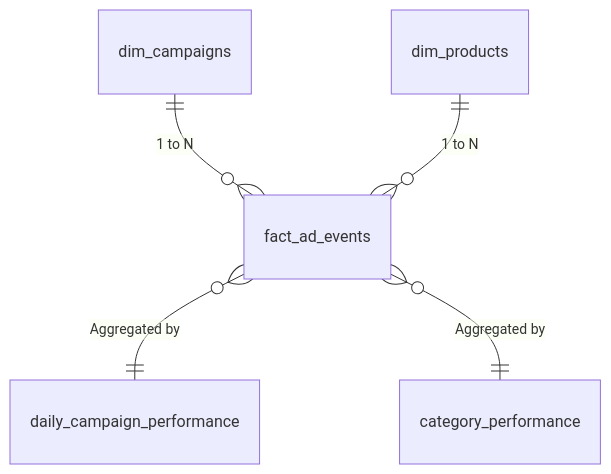
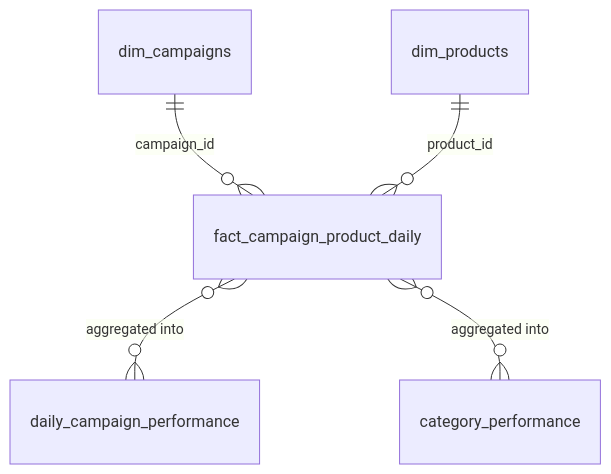
One commit to kat1478/advertising-analytics-pipeline changed the second of 2 diagrams in README.md. Above: the diagram before and after it, drawn with Mermaid. The commit also changed other lines of this file and 5 other files, not shown here.

First line of the commit message:
docs(portfolio): align metrics, workflow and architecture documentation

````diff
--- a/README.md
+++ b/README.md
@@ -66,7 +66,7 @@
 ```mermaid
 erDiagram
-    dim_campaigns ||--o{ fact_ad_events : "1 to N"
-    dim_products ||--o{ fact_ad_events : "1 to N"
-    fact_ad_events }o--|| daily_campaign_performance : "Aggregated by"
-    fact_ad_events }o--|| category_performance : "Aggregated by"
+    dim_campaigns ||--o{ fact_campaign_product_daily : "campaign_id"
+    dim_products ||--o{ fact_campaign_product_daily : "product_id"
+    fact_campaign_product_daily }o--o{ daily_campaign_performance : "aggregated into"
+    fact_campaign_product_daily }o--o{ category_performance : "aggregated into"
 ```
````
